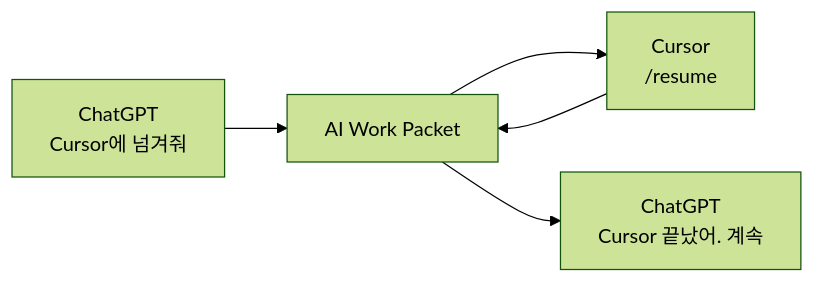
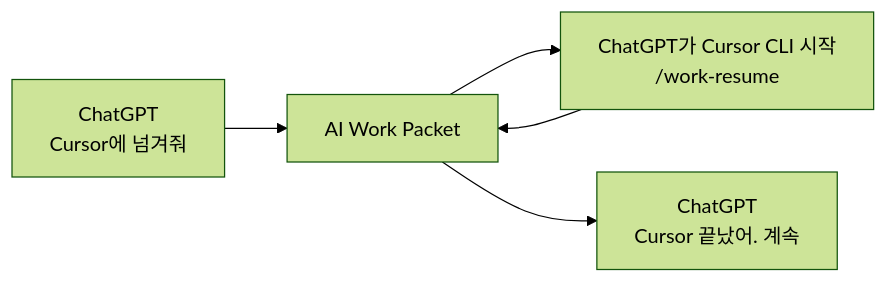
Before and after one commit to datarelay-labs/engineering-system-docs: the second of 2 diagrams in ko/adoption.mdx, drawn with Mermaid (forest theme). The commit also changed other lines of this file and 7 other files, not shown here.

First line of the commit message:
docs(ko): document ChatGPT Cursor CLI handoff and live session viewing

```diff
--- a/ko/adoption.mdx
+++ b/ko/adoption.mdx
@@ -190,7 +184,7 @@
 ~~~mermaid
 flowchart LR
     A["ChatGPT<br/>Cursor에 넘겨줘"] --> B["AI Work Packet"]
-    B --> C["Cursor<br/>/resume"]
+    B --> C["ChatGPT가 Cursor CLI 시작<br/>/work-resume"]
     C --> B
     B --> D["ChatGPT<br/>Cursor 끝났어. 계속"]
 ~~~
```
